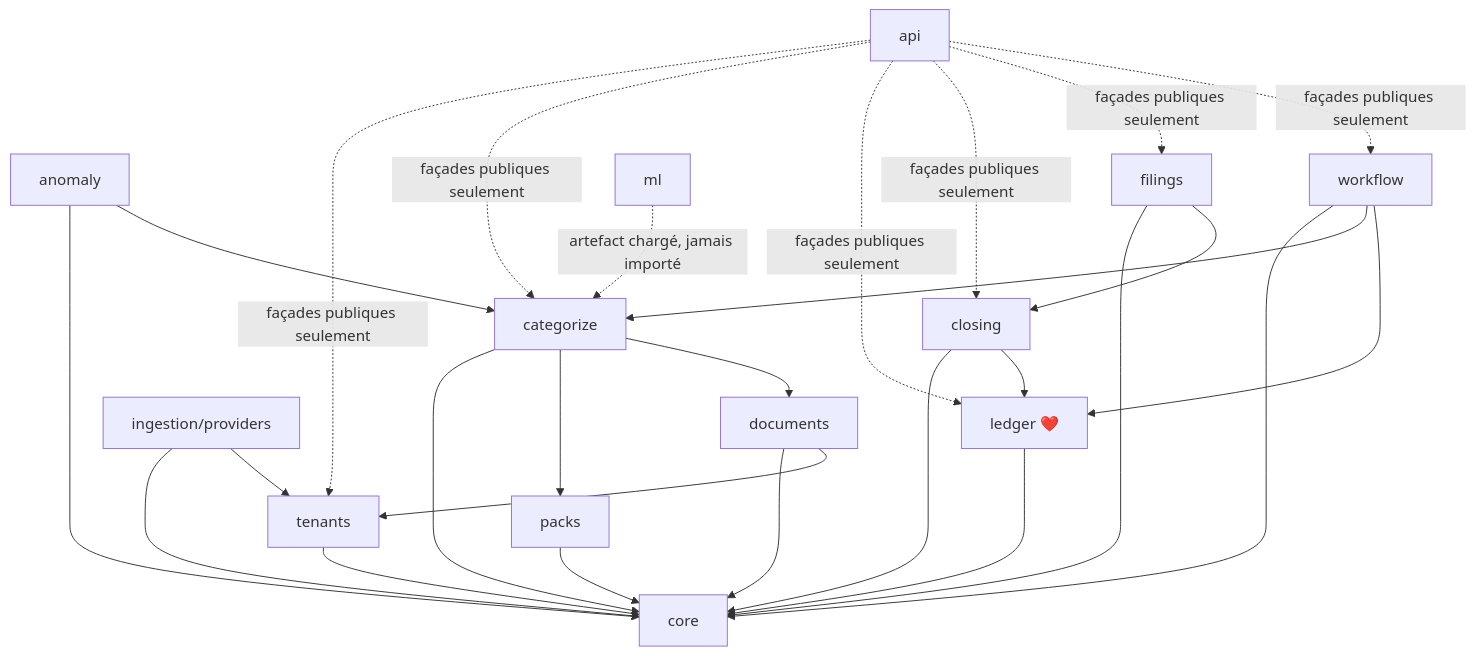
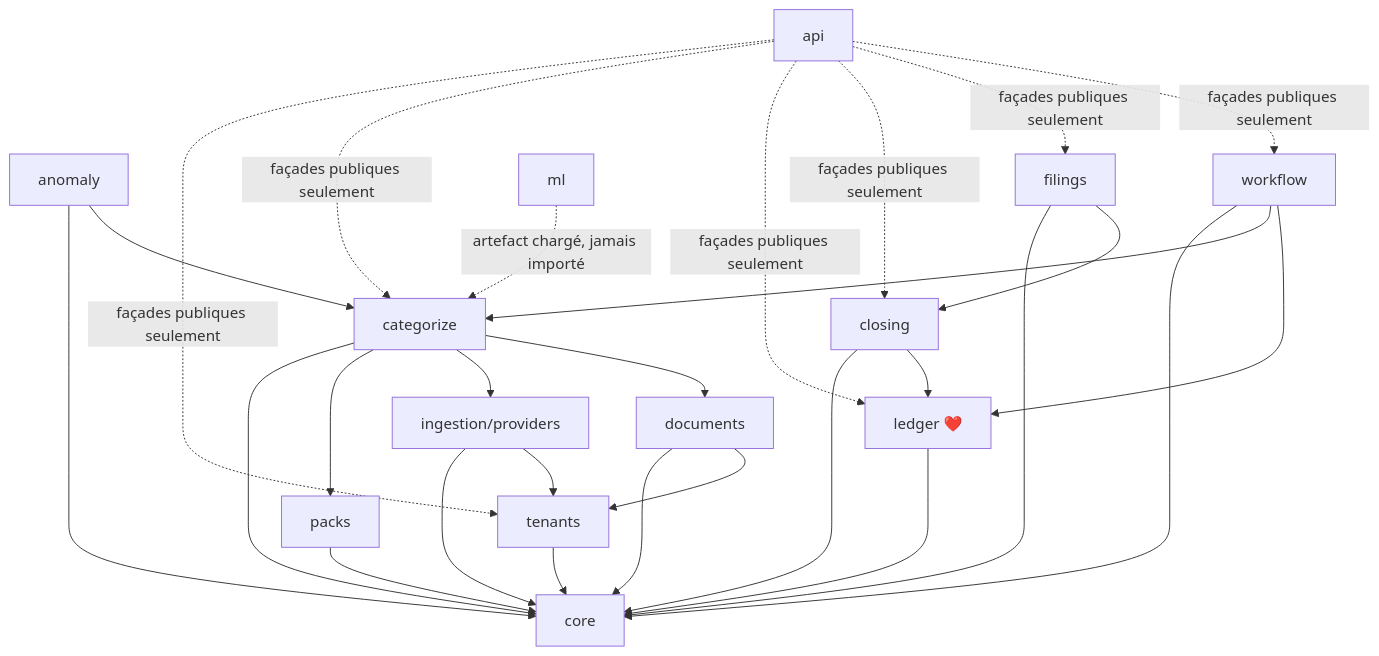
One commit to presidentaxel/AxelCompta changed the diagram in docs/18-organisation-code.md. Above: the diagram before and after it, drawn with Mermaid. The commit also changed other lines of this file and 38 other files, not shown here.

````diff
--- a/docs/18-organisation-code.md
+++ b/docs/18-organisation-code.md
@@ -46,30 +46,31 @@
 ```mermaid
 graph TD
     core["core"]
     tenants["tenants"] --> core
     packs["packs"] --> core
     documents["documents"] --> core
     documents --> tenants
     ingestion["ingestion/providers"] --> core
     ingestion --> tenants
     categorize["categorize"] --> core
     categorize --> packs
+    categorize --> ingestion
     categorize --> documents
     anomaly["anomaly"] --> core
     anomaly --> categorize
     ledger["ledger ❤️"] --> core
     closing["closing"] --> core
     closing --> ledger
     filings["filings"] --> core
     filings --> closing
     workflow["workflow"] --> core
     workflow --> categorize
     workflow --> ledger
     ml["ml"] -. artefact chargé, jamais importé .-> categorize
     api["api"] -. façades publiques seulement .-> tenants
     api -. façades publiques seulement .-> categorize
     api -. façades publiques seulement .-> ledger
     api -. façades publiques seulement .-> closing
     api -. façades publiques seulement .-> filings
     api -. façades publiques seulement .-> workflow
 ```
````
